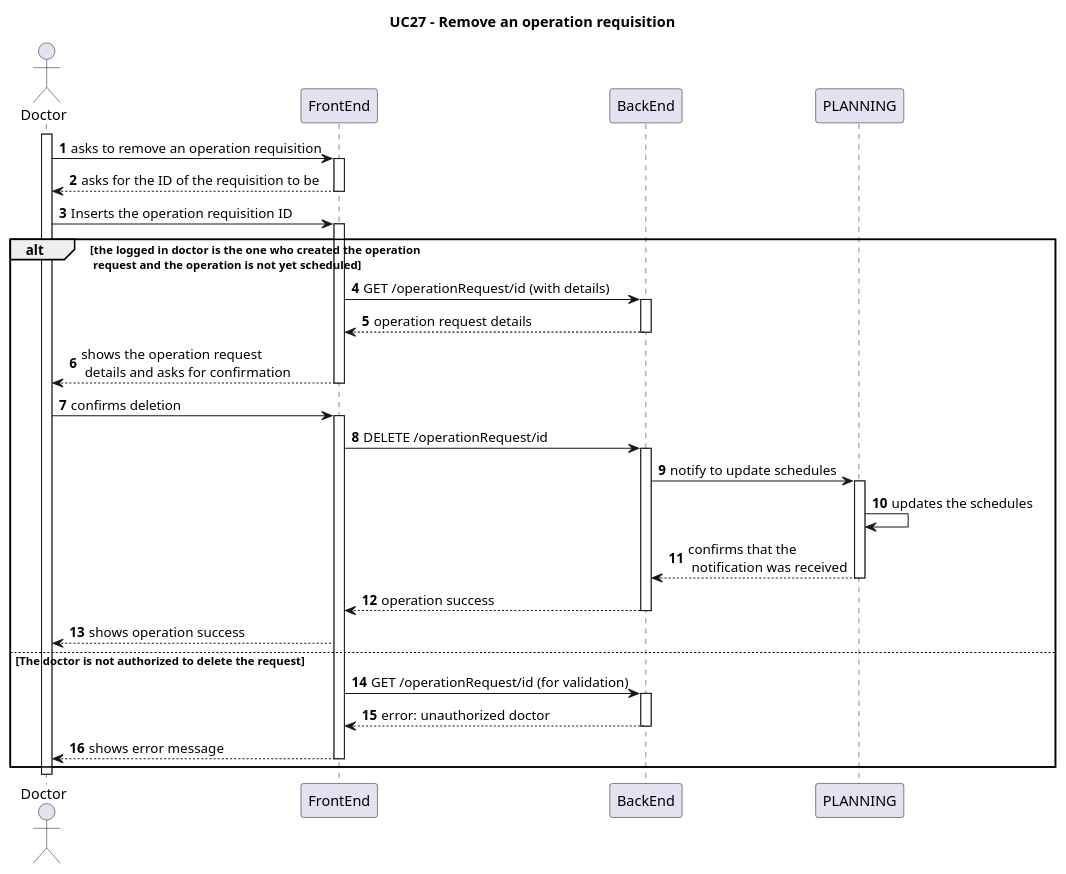
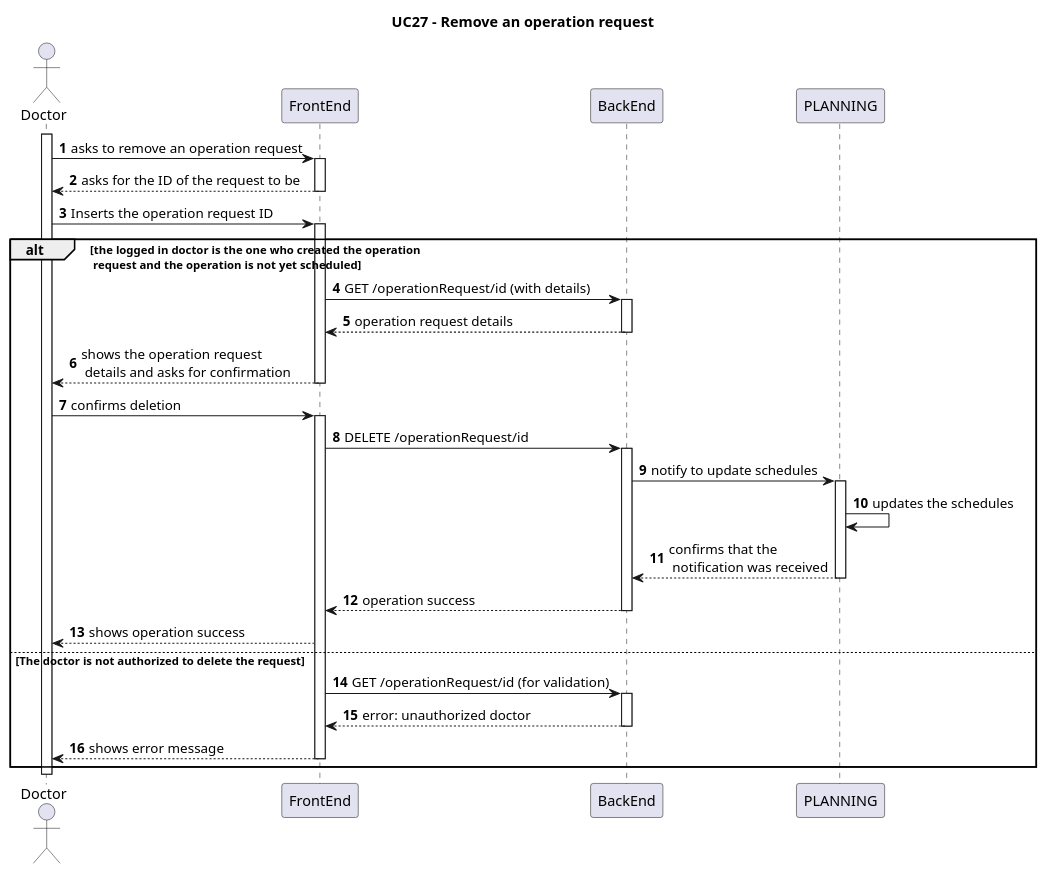
The diagram in Wiki/SprintA/diagrams/use-cases/27-remove-an-operation-requisition/level2/process-view.puml (MiguelCardoso77/SurgicalSync-BackEnd), drawn with PlantUML before and after one commit. The commit also changed 8 other files, not shown here.

```diff
--- a/Wiki/SprintA/diagrams/use-cases/27-remove-an-operation-requisition/level2/process-view.puml
+++ b/Wiki/SprintA/diagrams/use-cases/27-remove-an-operation-requisition/level2/process-view.puml
@@ -1,80 +1,80 @@
 @startuml
 autonumber
 
-Title "UC27 - Remove an operation requisition"
+Title "UC27 - Remove an operation request"
 
 actor "Doctor" as D 
 
 participant "FrontEnd" as FE
 participant "BackEnd" as BE
 
 activate D
 
-D -> FE: asks to remove an operation requisition
+D -> FE: asks to remove an operation request
 
 activate FE
 
-FE --> D: asks for the ID of the requisition to be 
+FE --> D: asks for the ID of the request to be 
 
 deactivate FE
 
-D -> FE : Inserts the operation requisition ID
+D -> FE : Inserts the operation request ID
 
 activate FE
 
 alt the logged in doctor is the one who created the operation \n request and the operation is not yet scheduled
 
 FE -> BE: GET /operationRequest/id (with details)
 
 activate BE
 
 BE --> FE: operation request details
 
 deactivate BE
 
 FE --> D : shows the operation request \n details and asks for confirmation
 
 deactivate FE
 
 D -> FE : confirms deletion
 
 activate FE
 
 FE -> BE : DELETE /operationRequest/id
 
 activate BE
 
 BE -> PLANNING : notify to update schedules
 
 activate PLANNING 
 
 PLANNING -> PLANNING : updates the schedules
 
 PLANNING --> BE: confirms that the \n notification was received
 
 deactivate PLANNING
 
 BE --> FE : operation success
 
 deactivate BE
 
 FE --> D: shows operation success
 
 else The doctor is not authorized to delete the request
 
 FE -> BE : GET /operationRequest/id (for validation)
 
 activate BE
 
 BE --> FE : error: unauthorized doctor
 
 deactivate BE
 
 FE --> D: shows error message 
 
 deactivate FE
 
 end 
 
 deactivate D
 @enduml
```
